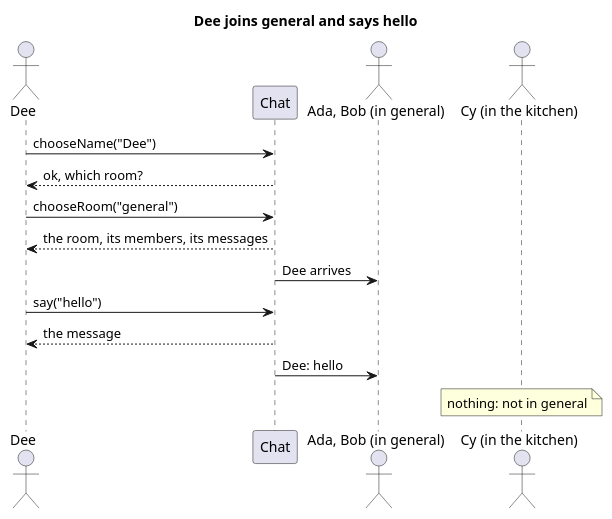
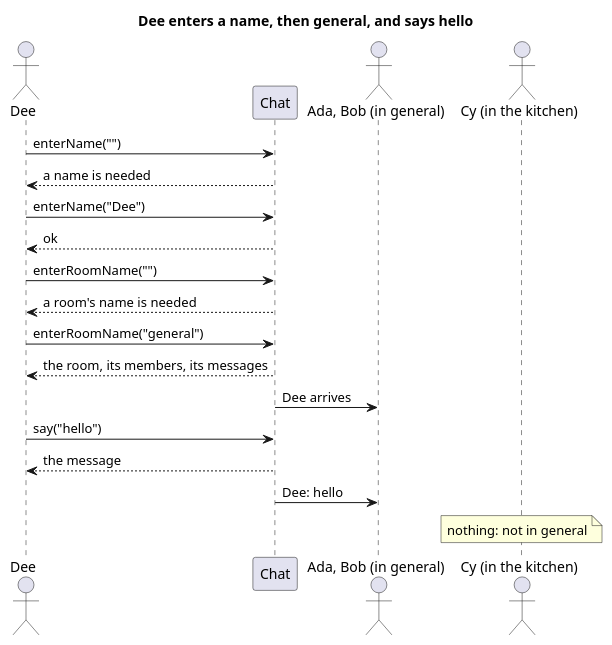
One commit to blueshed/dzql changed the diagram in uml/src/join-and-say.puml. Above: the diagram before and after it, drawn with PlantUML. The commit also changed 5 other files, not shown here.

Commit message:
uml: chat in precise words -- enter a name, enter a room's name (goes in, makes it if nobody has) -- with every blank drawn as event [guard] / reply; the check now lists any refusal Api gives that no diagram draws

```diff
--- a/uml/src/join-and-say.puml
+++ b/uml/src/join-and-say.puml
@@ -1,17 +1,21 @@
 @startuml
-title Dee joins general and says hello
+title Dee enters a name, then general, and says hello
 actor "Dee" as dee
 participant "Chat" as app
 actor "Ada, Bob (in general)" as general
 actor "Cy (in the kitchen)" as kitchen
 
-dee -> app : chooseName("Dee")
-app --> dee : ok, which room?
-dee -> app : chooseRoom("general")
+dee -> app : enterName("")
+app --> dee : a name is needed
+dee -> app : enterName("Dee")
+app --> dee : ok
+dee -> app : enterRoomName("")
+app --> dee : a room's name is needed
+dee -> app : enterRoomName("general")
 app --> dee : the room, its members, its messages
 app -> general : Dee arrives
 dee -> app : say("hello")
 app --> dee : the message
 app -> general : Dee: hello
 note over kitchen : nothing: not in general
 @enduml
```
